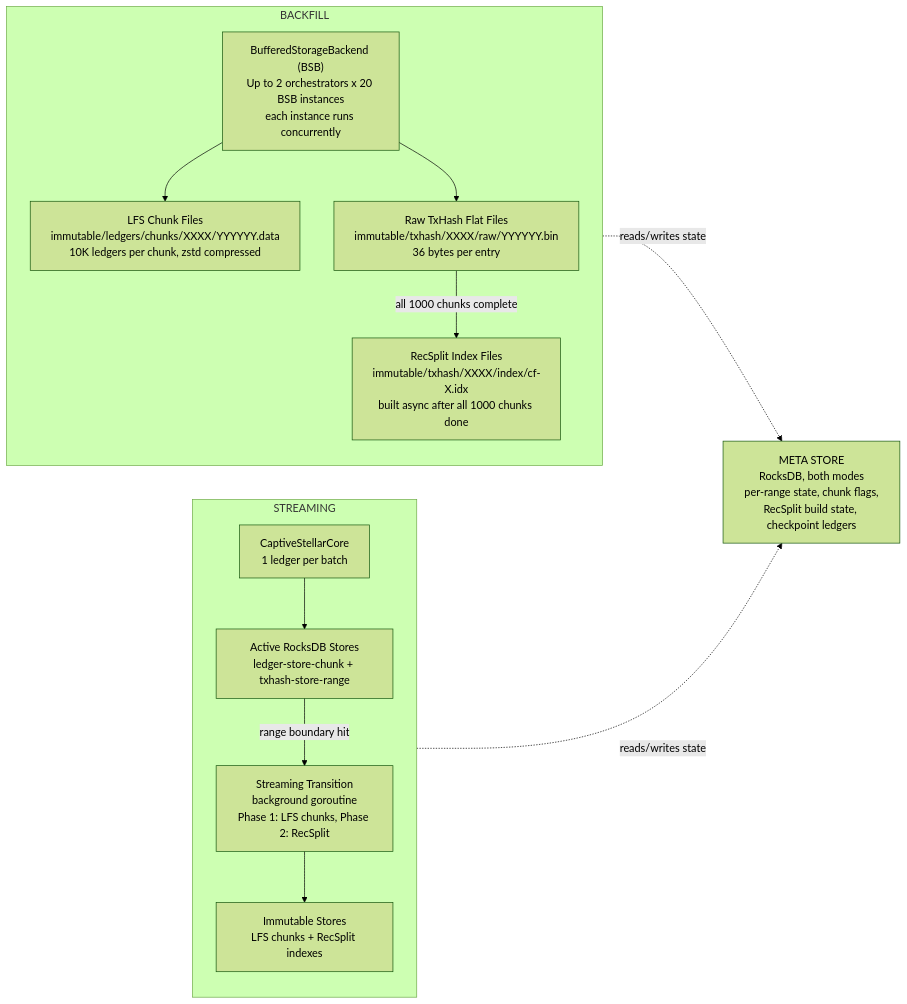
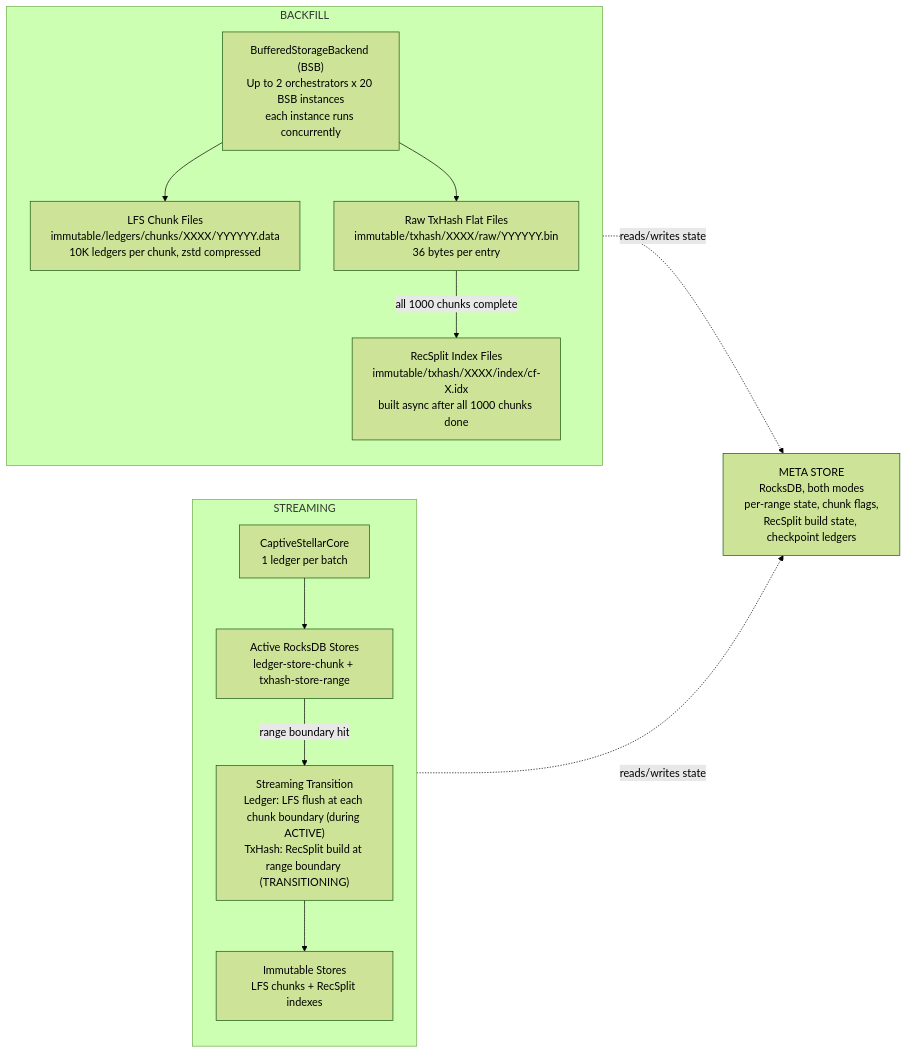
One commit to karthikiyer56/stellar-full-history-ingestion changed the first of 2 diagrams in design-docs-v2/README.md. Above: the diagram before and after it, drawn with Mermaid (forest theme). The commit also changed other lines of this file and 14 other files, not shown here.

First line of the commit message:
docs: fix streaming model — independent sub-flow transitions at chunk/range cadence

````diff
--- a/design-docs-v2/README.md
+++ b/design-docs-v2/README.md
@@ -52,27 +52,27 @@
 ```mermaid
 flowchart LR
     subgraph BACKFILL
         BSB["BufferedStorageBackend (BSB)<br/>Up to 2 orchestrators x 20 BSB instances<br/>each instance runs concurrently"]
         LFS_B["LFS Chunk Files<br/>immutable/ledgers/chunks/XXXX/YYYYYY.data<br/>10K ledgers per chunk, zstd compressed"]
         TXRAW["Raw TxHash Flat Files<br/>immutable/txhash/XXXX/raw/YYYYYY.bin<br/>36 bytes per entry"]
         RECSPLIT_B["RecSplit Index Files<br/>immutable/txhash/XXXX/index/cf-X.idx<br/>built async after all 1000 chunks done"]
         BSB --> LFS_B
         BSB --> TXRAW
         TXRAW -->|all 1000 chunks complete| RECSPLIT_B
     end
 
     subgraph STREAMING
         CORE["CaptiveStellarCore<br/>1 ledger per batch"]
         ACTIVE["Active RocksDB Stores<br/>ledger-store-chunk + txhash-store-range"]
-        TRANS["Streaming Transition<br/>background goroutine<br/>Phase 1: LFS chunks, Phase 2: RecSplit"]
+        TRANS["Streaming Transition<br/>Ledger: LFS flush at each chunk boundary (during ACTIVE)<br/>TxHash: RecSplit build at range boundary (TRANSITIONING)"]
         IMM["Immutable Stores<br/>LFS chunks + RecSplit indexes"]
         CORE --> ACTIVE
         ACTIVE -->|range boundary hit| TRANS
         TRANS --> IMM
     end
 
     META["META STORE<br/>RocksDB, both modes<br/>per-range state, chunk flags,<br/>RecSplit build state, checkpoint ledgers"]
 
     BACKFILL -.->|reads/writes state| META
     STREAMING -.->|reads/writes state| META
 ```
````
